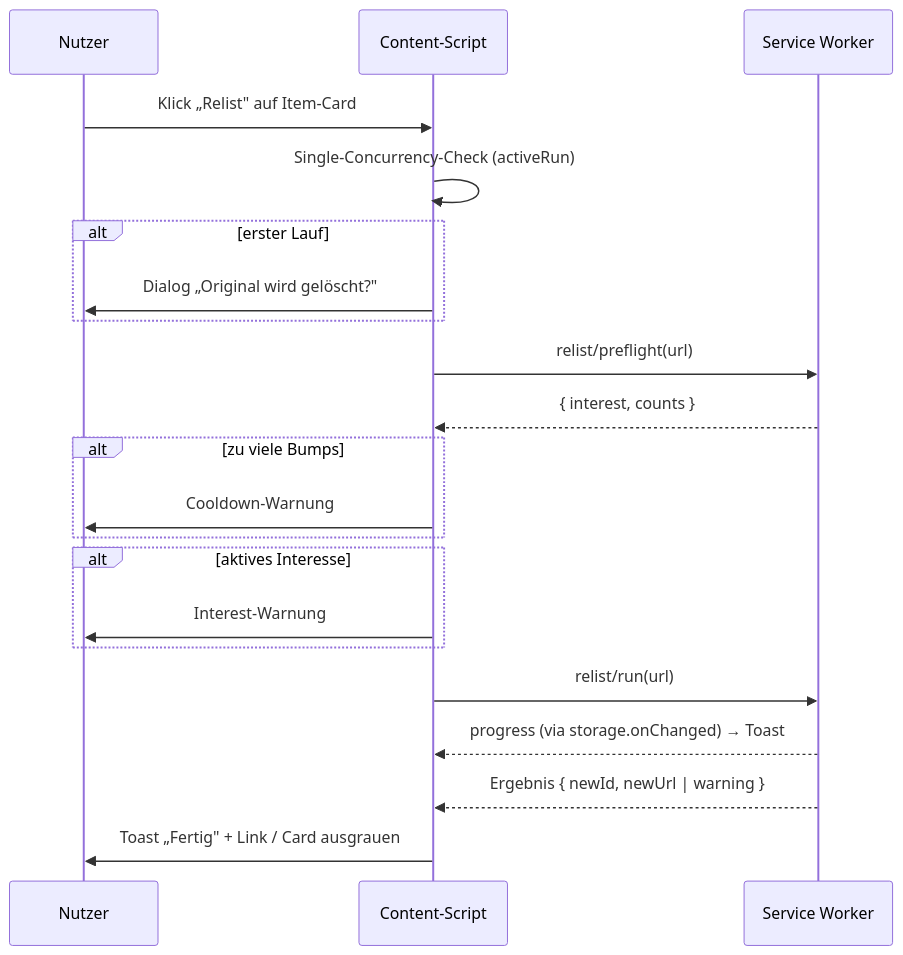
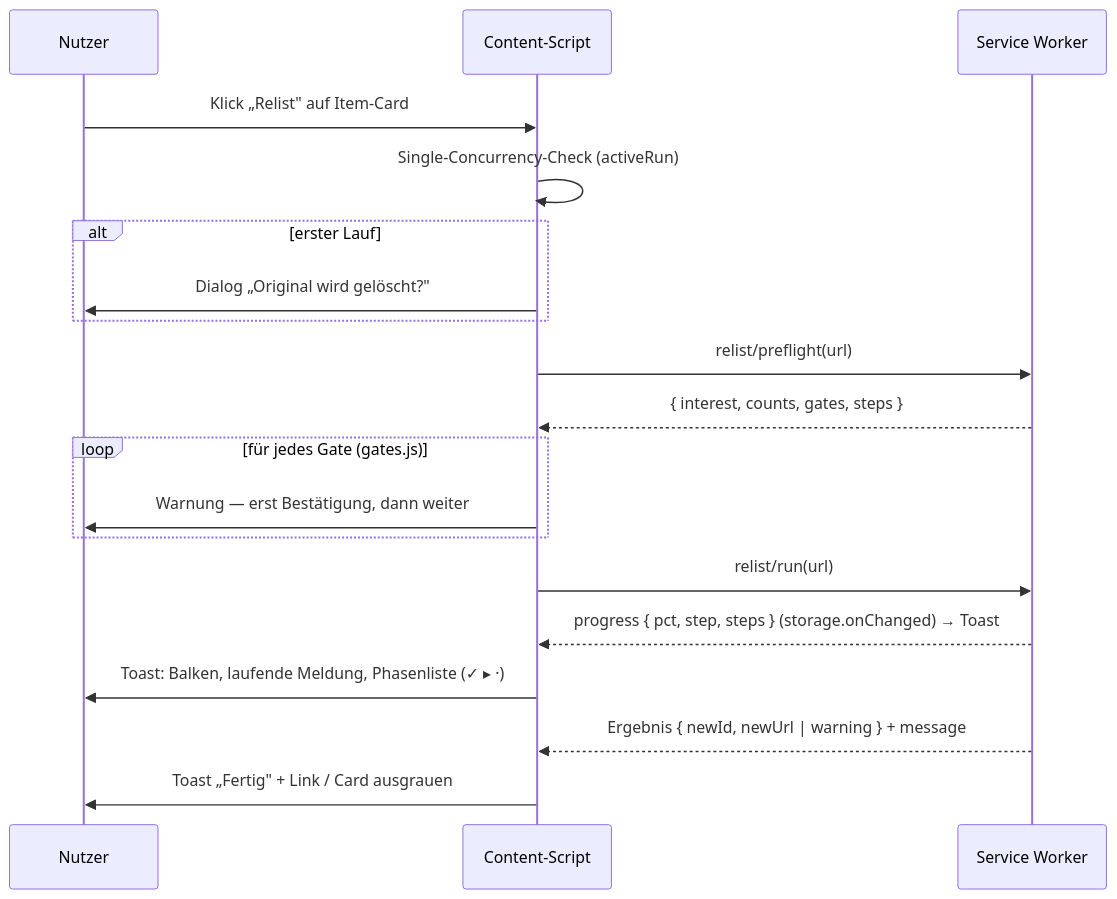
Before and after one commit to asteeg79/vinted-relist: the fourth of 4 diagrams in docs/ABLAUFDIAGRAMM.md, drawn with Mermaid. The commit also changed other lines of this file and 29 other files, not shown here.

````diff
--- a/docs/ABLAUFDIAGRAMM.md
+++ b/docs/ABLAUFDIAGRAMM.md
@@ -144,23 +161,21 @@
 ```mermaid
 sequenceDiagram
     participant U as Nutzer
     participant C as Content-Script
     participant SW as Service Worker
     U->>C: Klick „Relist" auf Item-Card
     C->>C: Single-Concurrency-Check (activeRun)
     alt erster Lauf
         C->>U: Dialog „Original wird gelöscht?"
     end
     C->>SW: relist/preflight(url)
-    SW-->>C: { interest, counts }
-    alt zu viele Bumps
-        C->>U: Cooldown-Warnung
-    end
-    alt aktives Interesse
-        C->>U: Interest-Warnung
+    SW-->>C: { interest, counts, gates, steps }
+    loop für jedes Gate (gates.js)
+        C->>U: Warnung — erst Bestätigung, dann weiter
     end
     C->>SW: relist/run(url)
-    SW-->>C: progress (via storage.onChanged) → Toast
-    SW-->>C: Ergebnis { newId, newUrl | warning }
+    SW-->>C: progress { pct, step, steps } (storage.onChanged) → Toast
+    C->>U: Toast: Balken, laufende Meldung, Phasenliste (✓ ▸ ·)
+    SW-->>C: Ergebnis { newId, newUrl | warning } + message
     C->>U: Toast „Fertig" + Link / Card ausgrauen
 ```
````
